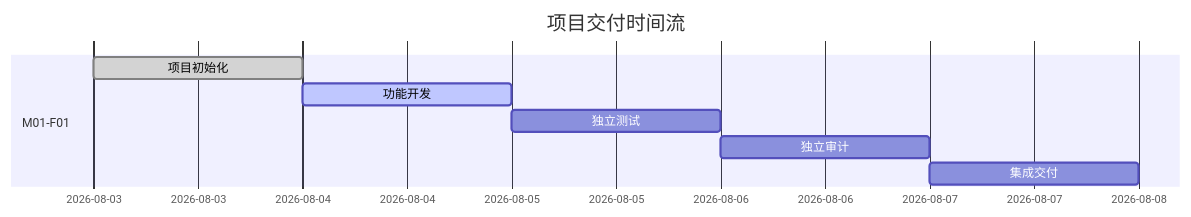
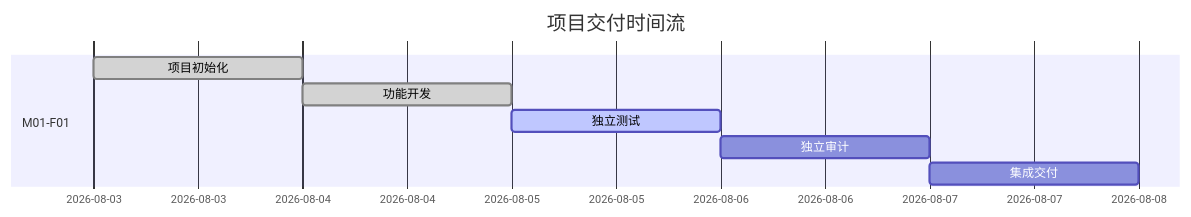
Before and after one commit to 23Lm-star/Calculator-Plugin: the diagram in docs/ai-workflow/项目时间流.md, drawn with Mermaid. The commit also changed other lines of this file and 14 other files, not shown here.

````diff
--- a/docs/ai-workflow/项目时间流.md
+++ b/docs/ai-workflow/项目时间流.md
@@ -3,11 +3,11 @@
 ```mermaid
 gantt
     title 项目交付时间流
     dateFormat  YYYY-MM-DD
     section M01-F01
     项目初始化 :done, init, 2026-08-03, 1d
-    功能开发 :active, dev, after init, 1d
-    独立测试 :test, after dev, 1d
+    功能开发 :done, dev, after init, 1d
+    独立测试 :active, test, after dev, 1d
     独立审计 :audit, after test, 1d
     集成交付 :delivery, after audit, 1d
 ```
````
